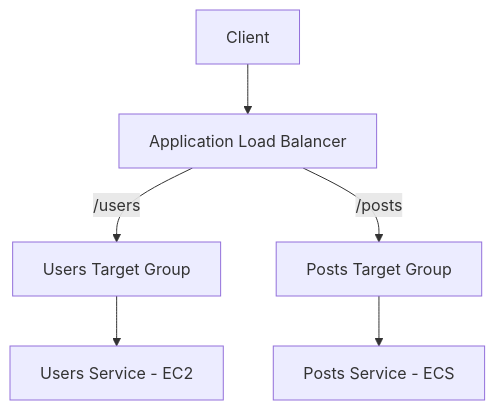
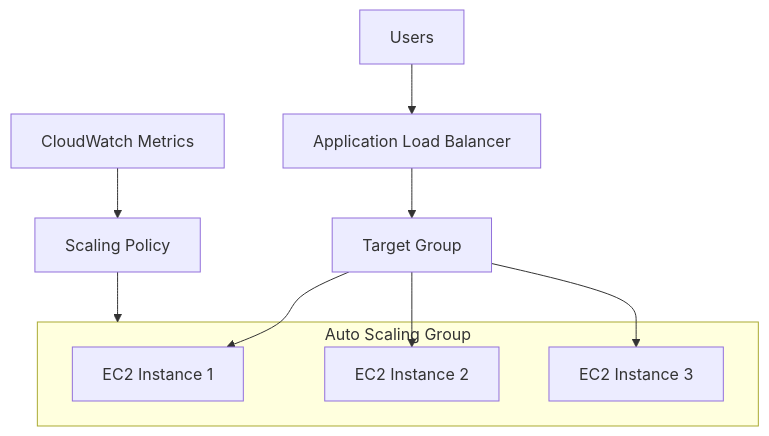
One commit to RafaS92/AWS-developer-associate-study changed the diagram in 05-ELBandLB.md. Above: the diagram before and after it, drawn with Mermaid. The commit also changed other lines of this file, not shown here.

````diff
--- a/05-ELBandLB.md
+++ b/05-ELBandLB.md
@@ -169,8 +662,18 @@
 ```mermaid
 flowchart TD
-    A[Client] --> B[Application Load Balancer]
-    B -->|/users| C[Users Target Group]
-    B -->|/posts| D[Posts Target Group]
-    C --> E[Users Service - EC2]
-    D --> F[Posts Service - ECS]
+    A[Users] --> B[Application Load Balancer]
+    B --> C[Target Group]
+
+    subgraph ASG[Auto Scaling Group]
+        D[EC2 Instance 1]
+        E[EC2 Instance 2]
+        F[EC2 Instance 3]
+    end
+
+    C --> D
+    C --> E
+    C --> F
+
+    G[CloudWatch Metrics] --> H[Scaling Policy]
+    H --> ASG
 ```
````
